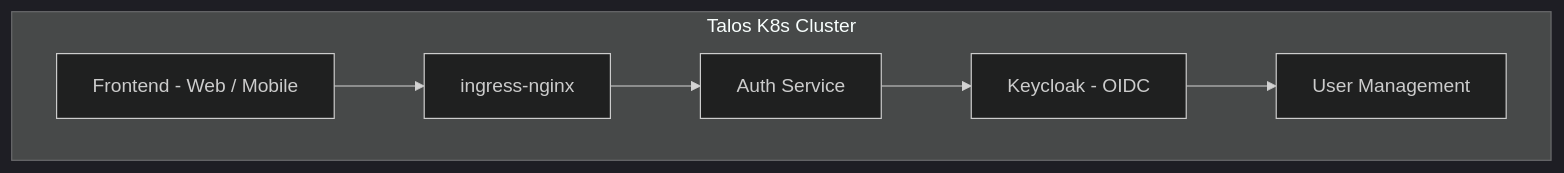
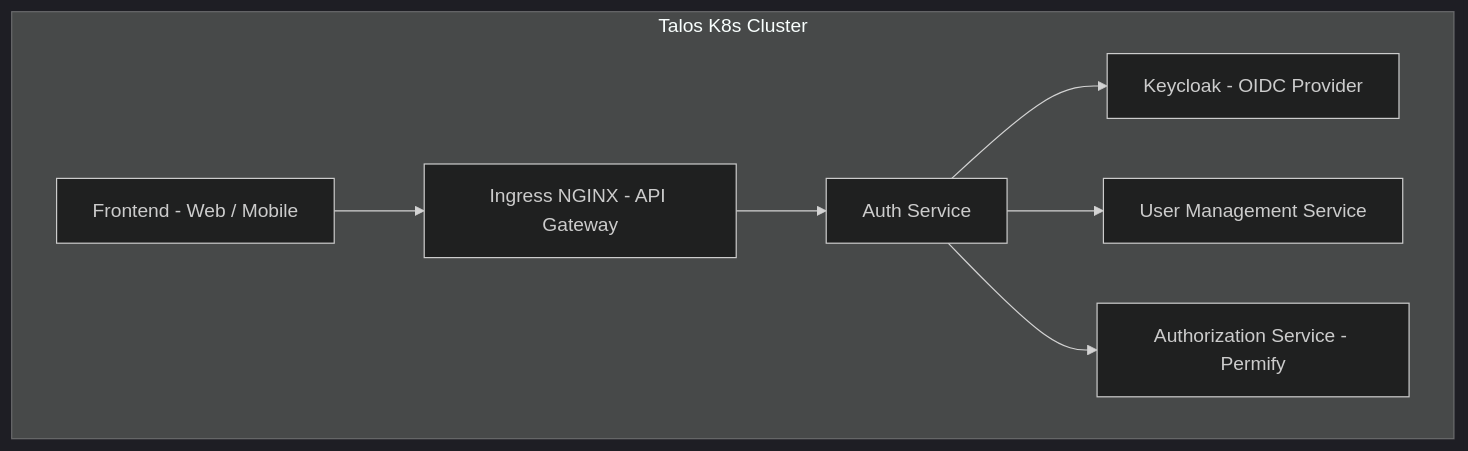
One commit to Razano26/Beep-TAD.AM changed the first of 6 diagrams in vue-technique/02-authentification.adoc. Above: the diagram before and after it, drawn with Mermaid (dark theme). The commit also changed other lines of this file and 6 other files, not shown here.

Commit message:
feat: Refine Beep application documentation by enhancing service descriptions, improving clarity on authentication flows, and updating observability and security sections for better understanding and usability

```diff
--- a/vue-technique/02-authentification.adoc
+++ b/vue-technique/02-authentification.adoc
@@ -24,16 +26,18 @@
 [mermaid]
 ----
 graph TD
     subgraph Cluster K8s [Talos K8s Cluster]
-        nginx[ingress-nginx]
-        keycloak[Keycloak - OIDC]
+        ingress[Ingress NGINX - API Gateway]
         svc_auth[Auth Service]
-        svc_user[User Management]
-        fe[Frontend - Web / Mobile]
+        keycloak[Keycloak - OIDC Provider]
+        svc_user[User Management Service]
+        permify[Authorization Service - Permify]
+        frontend[Frontend - Web / Mobile]
     end
 
-    fe --> nginx
-    nginx --> svc_auth
+    frontend --> ingress
+    ingress --> svc_auth
     svc_auth --> keycloak
-    keycloak --> svc_user
+    svc_auth --> svc_user
+    svc_auth --> permify
 ----
```
